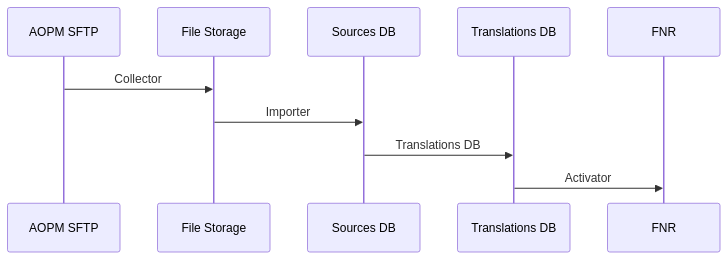
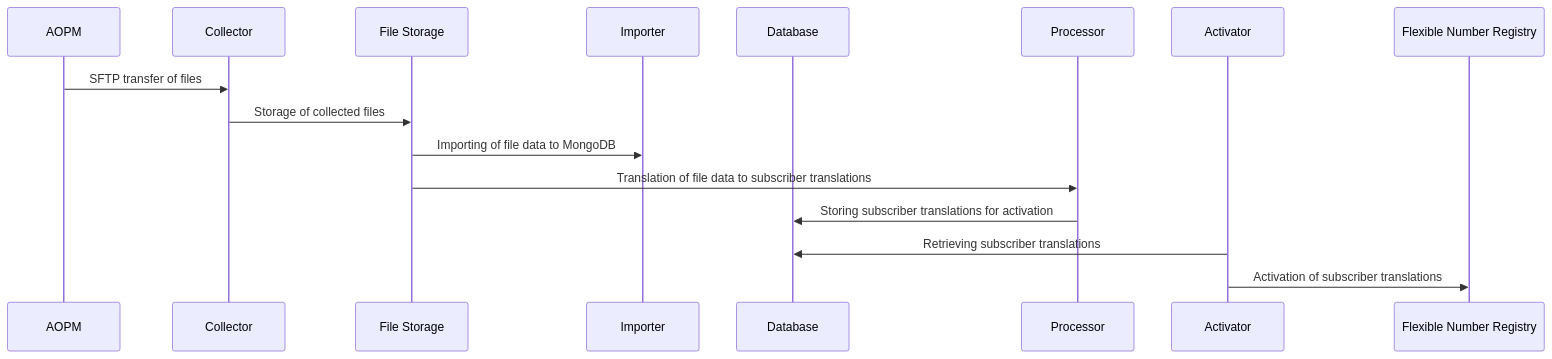
The seventh of 7 diagrams in docs/projects.md (dlicudi/cv), drawn with Mermaid before and after one commit. The commit also changed other lines of this file, not shown here.

Commit message:
Improved and expanded on MVNO Number Porting

````diff
--- a/docs/projects.md
+++ b/docs/projects.md
@@ -214,12 +224,20 @@
 ``` mermaid
 sequenceDiagram
-    participant A as AOPM SFTP
-    participant B as File Storage
-    participant C as Sources DB
-    participant D as Translations DB
-    participant E as FNR
-    A->>B: Collector
-    B->>C: Importer
-    C->>D: Translations DB
-    D->>E: Activator
+    participant AOPM as AOPM
+    participant Collector as Collector
+    participant FileStorage as File Storage
+    participant Importer as Importer
+    participant Database as Database
+    participant Processor as Processor
+    participant Activator as Activator
+    participant FNR as Flexible Number Registry
+
+    AOPM->>Collector: SFTP transfer of files
+    Collector->>FileStorage: Storage of collected files
+    FileStorage->>Importer: Importing of file data to MongoDB
+    FileStorage->>Processor: Translation of file data to subscriber translations
+    Processor->>Database: Storing subscriber translations for activation
+    Activator->>Database: Retrieving subscriber translations
+    Activator->>FNR: Activation of subscriber translations
+    
 ```
````
